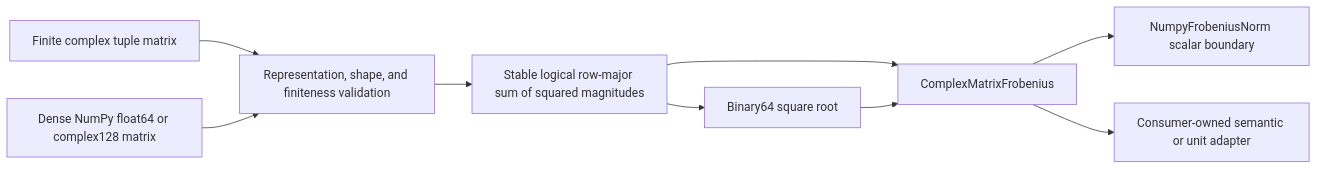
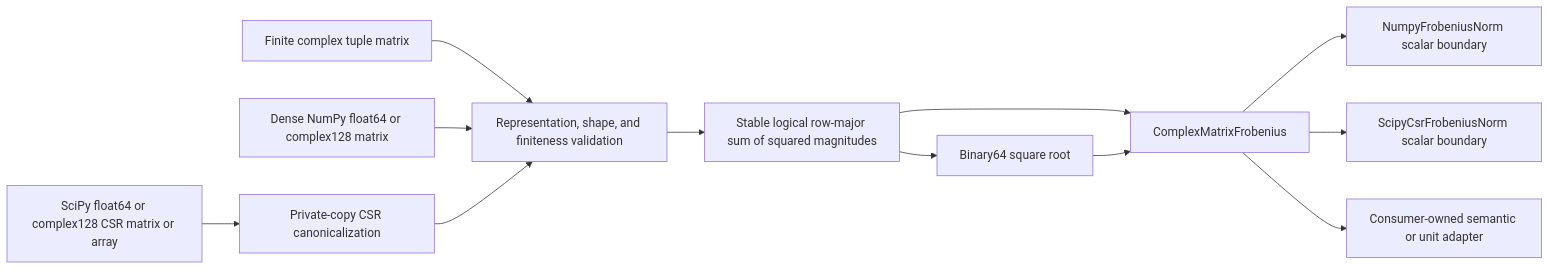
The diagram in docs/architecture/projectkoios/numerics/linalg/frobenius/schematics.md (eragasa/projectkoios-optimization), drawn with Mermaid before and after one commit. The commit also changed 12 other files, not shown here.

Commit message:
Add SciPy CSR Frobenius norm

````diff
--- a/docs/architecture/projectkoios/numerics/linalg/frobenius/schematics.md
+++ b/docs/architecture/projectkoios/numerics/linalg/frobenius/schematics.md
@@ -3,11 +3,14 @@
 ```mermaid
 flowchart LR
     T[Finite complex tuple matrix] --> V[Representation, shape, and finiteness validation]
     D[Dense NumPy float64 or complex128 matrix] --> V
+    S[SciPy float64 or complex128 CSR matrix or array] --> K[Private-copy CSR canonicalization]
+    K --> V
     V --> P[Stable logical row-major sum of squared magnitudes]
     P --> N[Binary64 square root]
     P --> R[ComplexMatrixFrobenius]
     N --> R
     R --> E[NumpyFrobeniusNorm scalar boundary]
+    R --> Q[ScipyCsrFrobeniusNorm scalar boundary]
     R --> C[Consumer-owned semantic or unit adapter]
 ```
````
